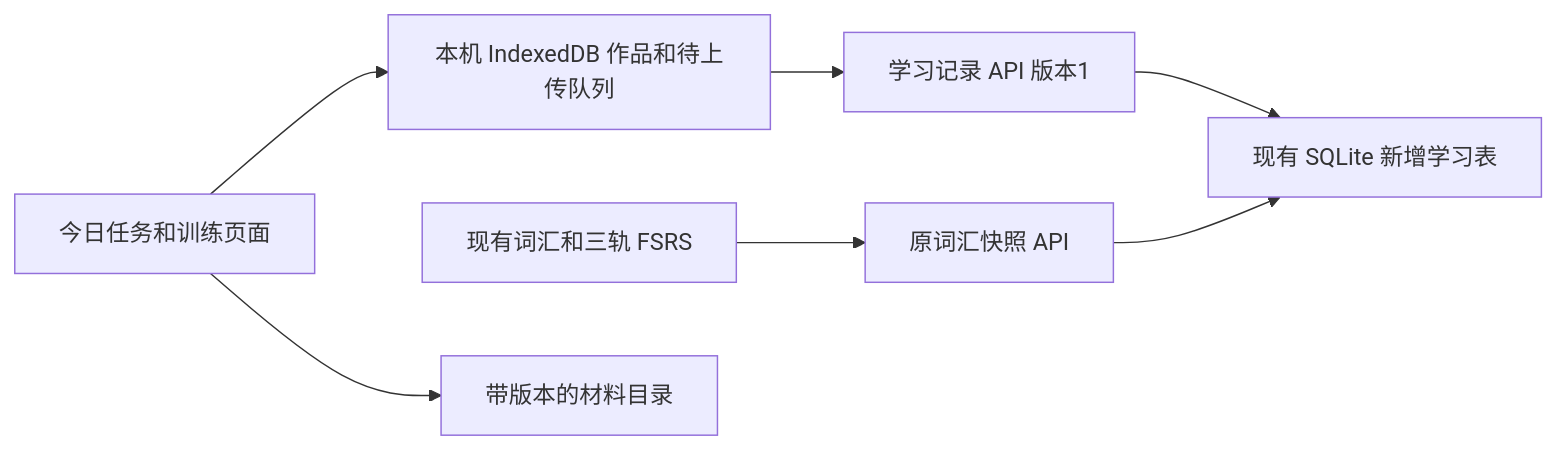
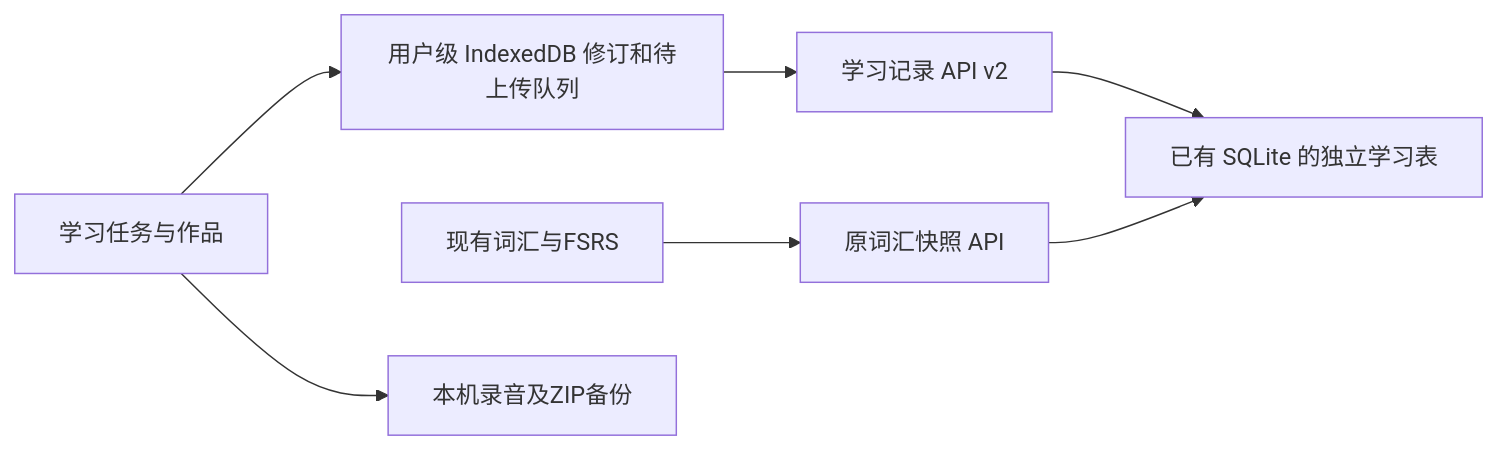
The diagram in docs/365-fusion-implementation-plan.md (fangxintai-a11y/yasiENGLISH), drawn with Mermaid before and after one commit. The commit also changed other lines of this file and 35 other files, not shown here.

First line of the commit message:
fix(study365): enforce Band 8 goals and repair P1 data flow

````diff
--- a/docs/365-fusion-implementation-plan.md
+++ b/docs/365-fusion-implementation-plan.md
@@ -160,9 +54,9 @@
 ```mermaid
 flowchart LR
-    UI[今日任务和训练页面] --> Local[本机 IndexedDB 作品和待上传队列]
-    Local --> API[学习记录 API 版本1]
-    API --> DB[现有 SQLite 新增学习表]
-    Vocab[现有词汇和三轨 FSRS] --> OldAPI[原词汇快照 API]
+    UI[学习任务与作品] --> Local[用户级 IndexedDB 修订和待上传队列]
+    Local --> API[学习记录 API v2]
+    API --> DB[已有 SQLite 的独立学习表]
+    Vocab[现有词汇与FSRS] --> OldAPI[原词汇快照 API]
     OldAPI --> DB
-    UI --> Content[带版本的材料目录]
+    UI --> Audio[本机录音及ZIP备份]
 ```
````
